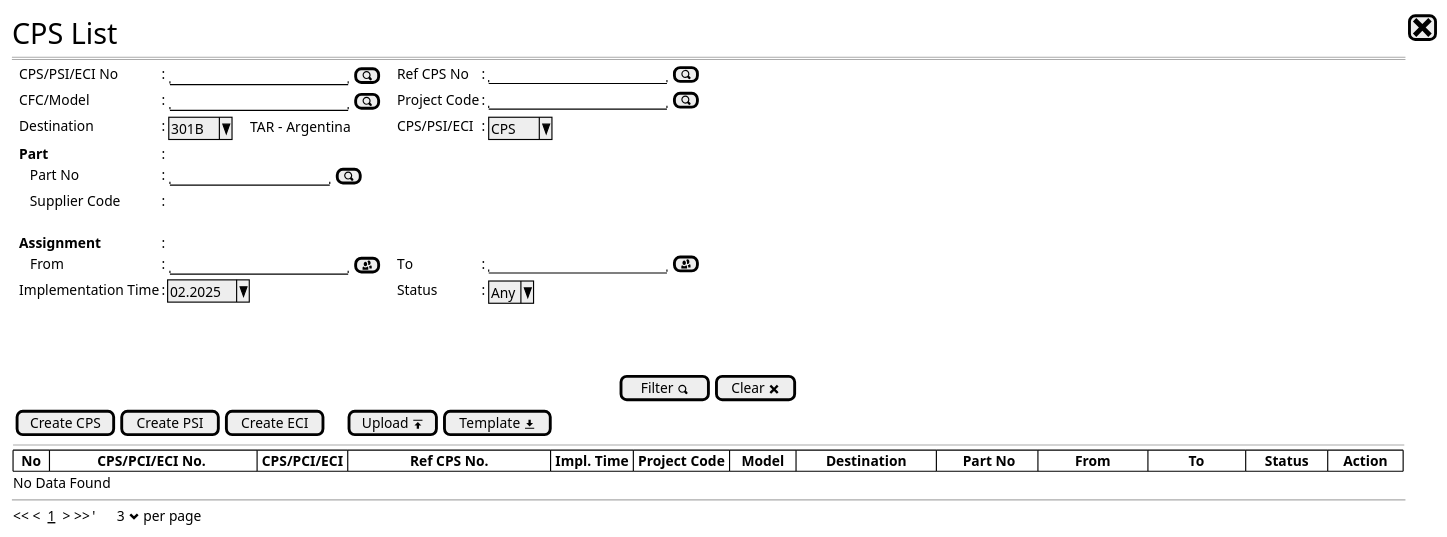
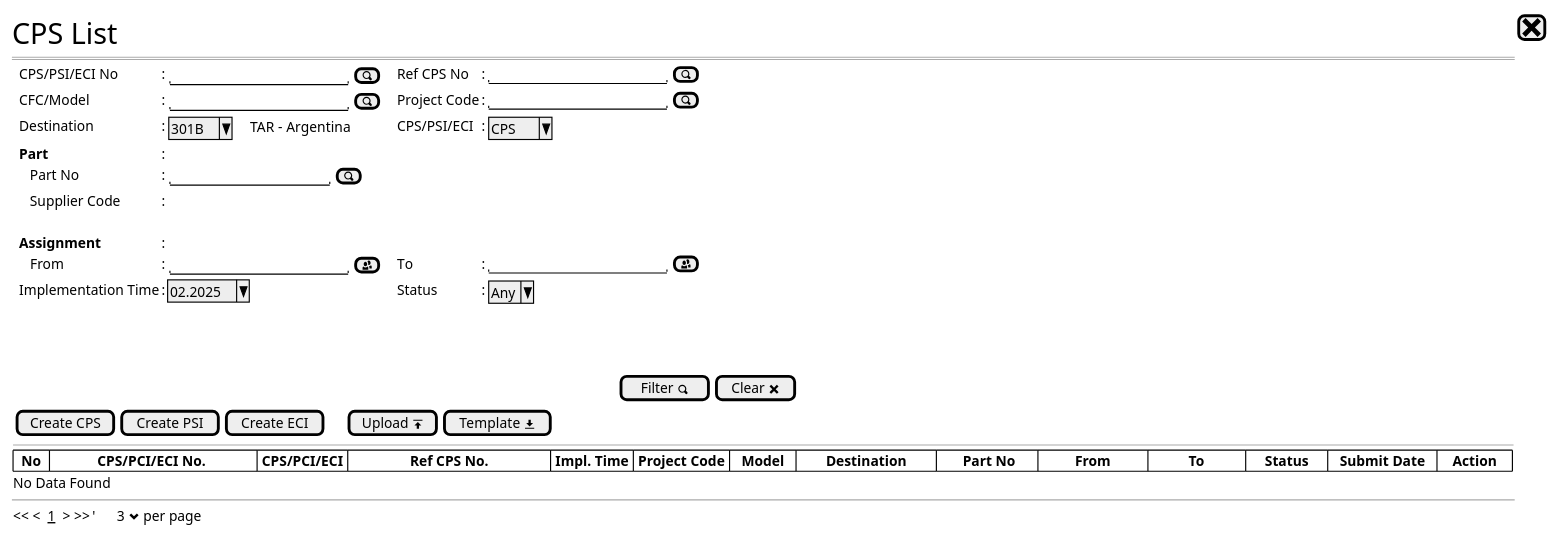
The diagram in CPS PSE scenario/cps - new step0 (pse).puml (ari-fikri/packing-cost-mockup), drawn with PlantUML before and after one commit. The commit also changed 12 other files, not shown here.

```diff
--- a/CPS PSE scenario/cps - new step0 (pse).puml
+++ b/CPS PSE scenario/cps - new step0 (pse).puml
@@ -1,35 +1,35 @@
 @startsalt
 {
   <size:25>CPS List |[<size:25><&x>]|*
   ==
   {
     .|CPS/PSI/ECI No      |: {|"                   "|[<&magnifying-glass>] |}.|.|Ref CPS No          |: |"                   "|[<&magnifying-glass>]|*
     .|CFC/Model           |: {|"                   "|[<&magnifying-glass>] |}.|.|Project Code        |: |"                   "|[<&magnifying-glass>]|*
     .|Destination         |: {|^301B ^|    TAR - Argentina |}                .|.|CPS/PSI/ECI         |: {|^ CPS ^             |}*
     .|<b>Part          |: |*
     .|   Part No             |: {|"                 "|[<&magnifying-glass>]|}*
     .|   Supplier Code       |: {|                  |}*    
     .
     .|<b>Assignment          |: |*
     .|   From                |: {|"                   "|[<&people>]           |}.|.|To                  |: |"                   "|[<&people>]|*
     .|Implementation Time |: |^02.2025^     |.|.|Status        |: {| ^Any^ |}*    
   }
   .
   .
   .
   {|                                                                                                                                                                        |[Filter <&magnifying-glass>]|[Clear <&x>]|}
   {   
     {[Create CPS] | [Create PSI]|[Create ECI]|.|.                |.           |                        [Upload <&data-transfer-upload>]| [Template <&data-transfer-download>]|} *
     --
     {#
-      |  <b>No  |             <b>CPS/PCI/ECI No.              | <b>CPS/PCI/ECI |                 <b>Ref CPS No.                 | <b>Impl. Time | <b>Project Code |   <b>Model   |        <b>Destination        |      <b> Part No      |          <b>From          |           <b>To           |     <b>Status     |    <b>Action    |*|*
+      |  <b>No  |             <b>CPS/PCI/ECI No.              | <b>CPS/PCI/ECI |                 <b>Ref CPS No.                 | <b>Impl. Time | <b>Project Code |   <b>Model   |        <b>Destination        |      <b> Part No      |          <b>From          |           <b>To           |     <b>Status     |   <b>Submit Date   |    <b>Action    |*|*
       '|                    |                    |                  |                 |              |                |                           |                           |                   |                   |*|*|*
     }
     No Data Found    
   }
   --
   {
   << <  __1__  > >>  |'      3 <&chevron-bottom> per page |*
   }  
 }
 @endsalt
```
